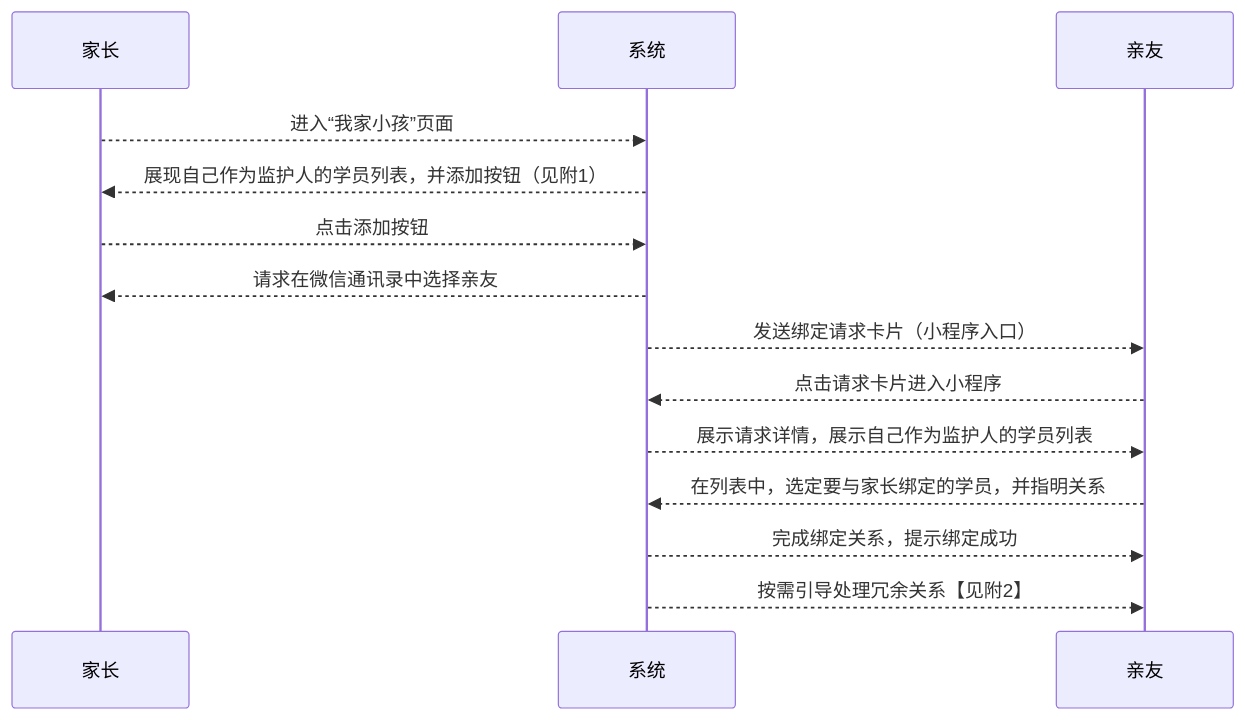
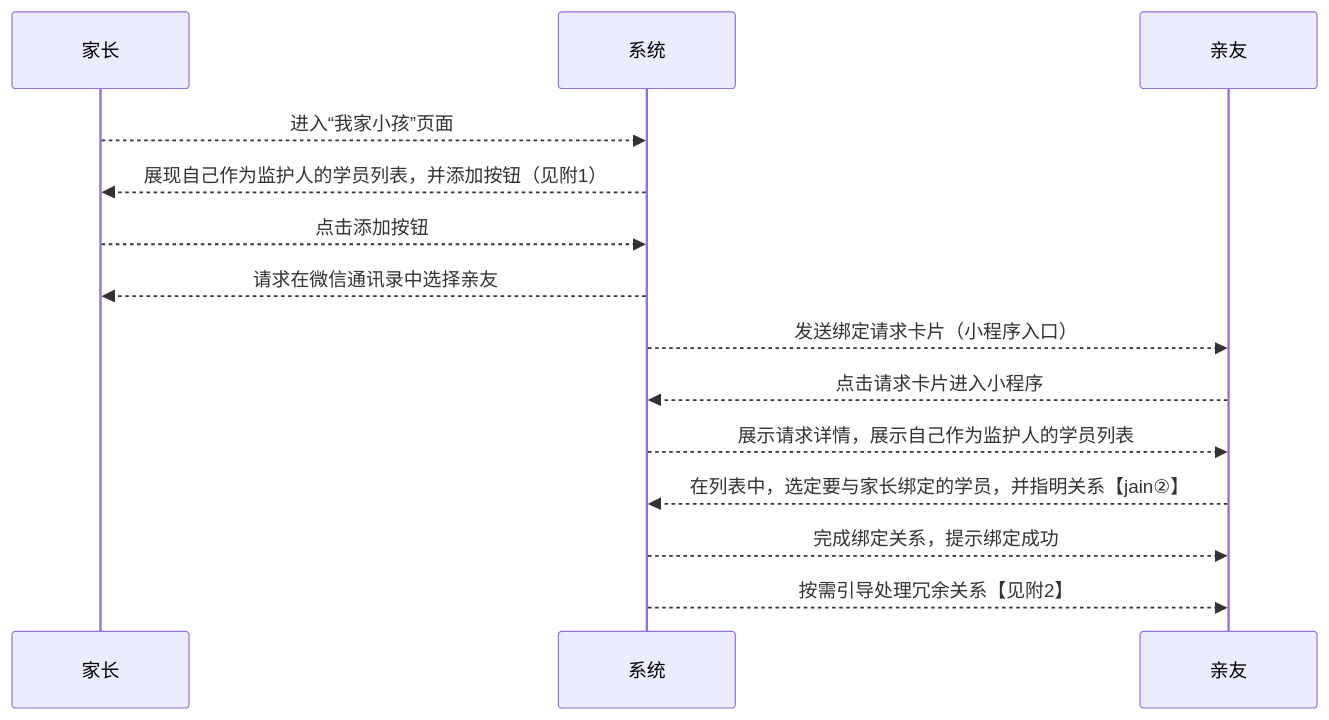
Before and after one commit to world-wide-web/sign: the second of 2 diagrams in 用例/家长-学员关系绑定.md, drawn with Mermaid. The commit also changed other lines of this file, not shown here.

````diff
--- a/用例/家长-学员关系绑定.md
+++ b/用例/家长-学员关系绑定.md
@@ -41,24 +41,24 @@
 ```mermaid
 sequenceDiagram
 
 家长-->>系统: 进入“我家小孩”页面
 
 系统-->>家长: 展现自己作为监护人的学员列表，并添加按钮（见附1）
 
 家长-->>系统: 点击添加按钮
 
 系统-->>家长: 请求在微信通讯录中选择亲友
 
 系统-->>亲友: 发送绑定请求卡片（小程序入口）
 
 亲友-->>系统: 点击请求卡片进入小程序
 
 系统-->>亲友: 展示请求详情，展示自己作为监护人的学员列表
 
-亲友-->>系统: 在列表中，选定要与家长绑定的学员，并指明关系
+亲友-->>系统: 在列表中，选定要与家长绑定的学员，并指明关系【jain②】
 
 系统-->>亲友: 完成绑定关系，提示绑定成功
 
 系统-->>亲友: 按需引导处理冗余关系【见附2】
 
 ```
````
